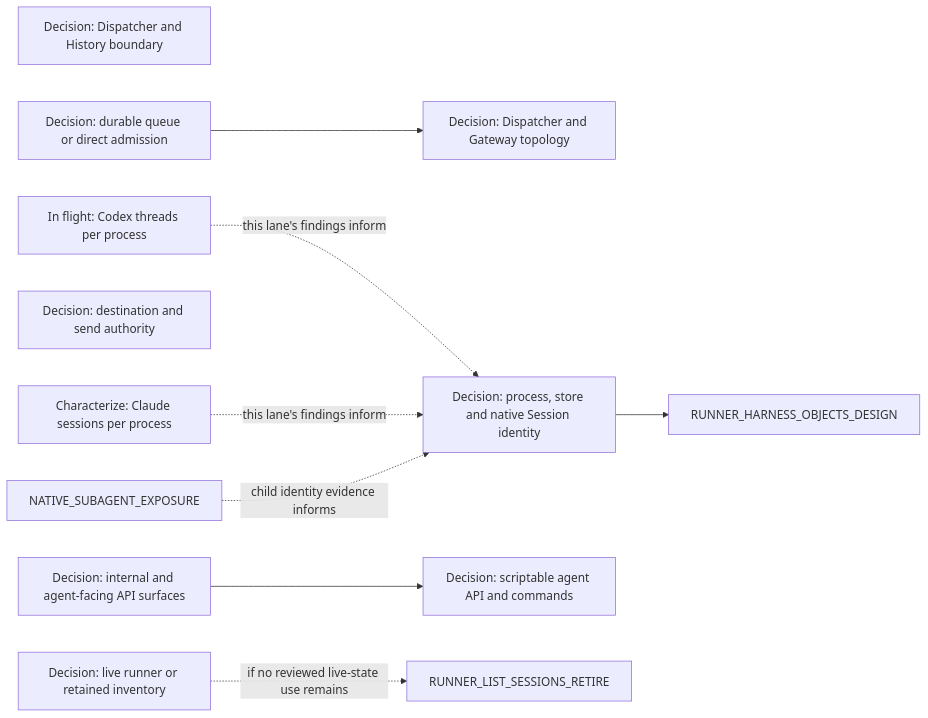
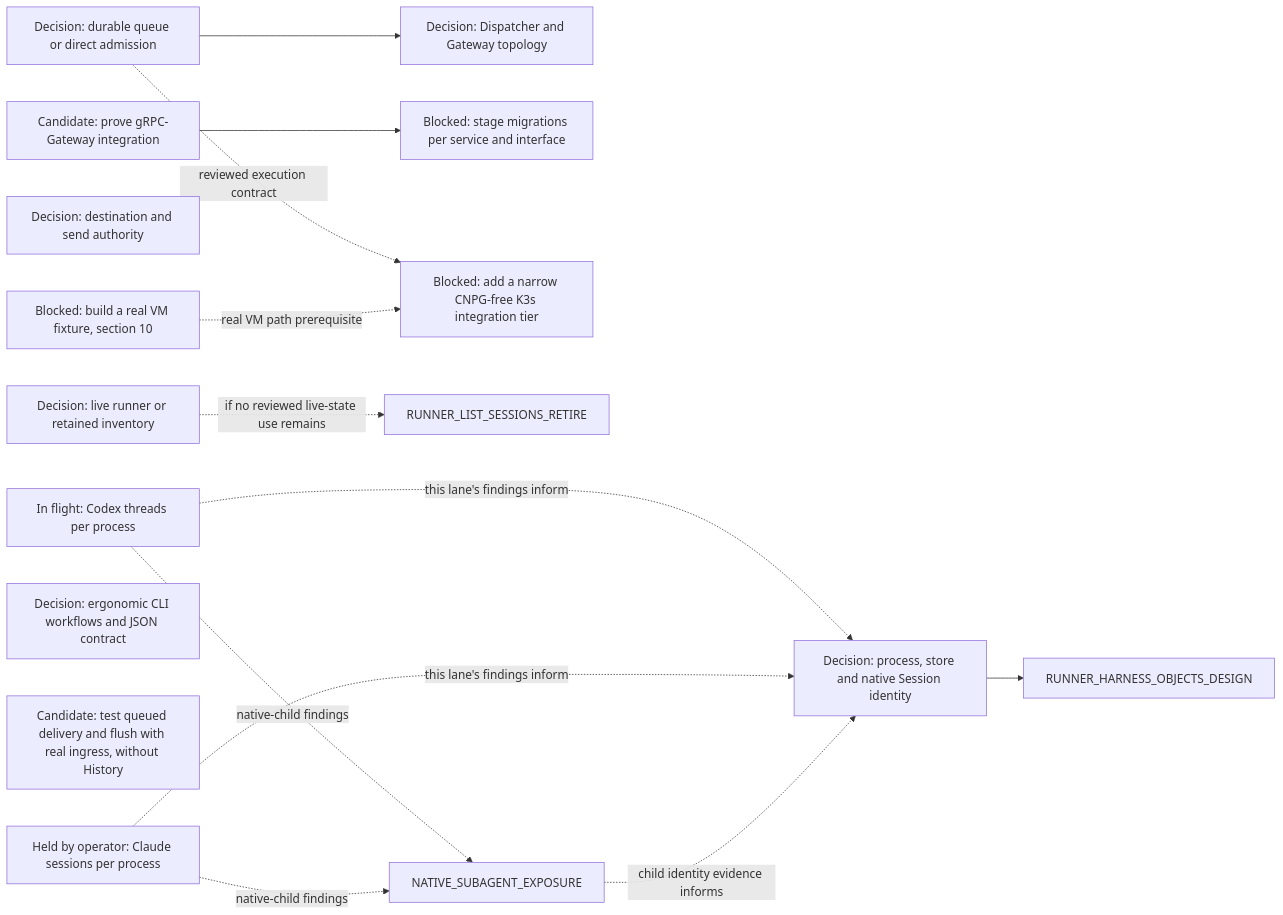
Diagram 17 of 17 in agentplane/plans/task_dag.md (agentydragon-agent/ducktape), drawn with Mermaid before and after one commit. The commit also changed other lines of this file and 1 other file, not shown here.

First line of the commit message:
Document Agentplane delivery and API directions (#10656)

````diff
--- a/agentplane/plans/task_dag.md
+++ b/agentplane/plans/task_dag.md
@@ -1480,20 +1499,27 @@
 ```mermaid
 flowchart LR
-    DISPATCHER_HISTORY_BOUNDARY_DESIGN[Decision: Dispatcher and History boundary]
     DISPATCHER_PERSISTENCE_MODEL_DESIGN[Decision: durable queue or direct admission]
     DISPATCHER_GATEWAY_TOPOLOGY_DESIGN[Decision: Dispatcher and Gateway topology]
     RUNNER_INVENTORY_AUTHORITY_DESIGN[Decision: live runner or retained inventory]
     DELIVERY_DESTINATION_AUTHORITY_DESIGN[Decision: destination and send authority]
     CODEX_APP_SERVER_MULTIPLEXING[In flight: Codex threads per process]
-    CLAUDE_STREAM_SESSION_MULTIPLEXING[Characterize: Claude sessions per process]
+    CLAUDE_STREAM_SESSION_MULTIPLEXING[Held by operator: Claude sessions per process]
     HARNESS_IDENTITY_DESIGN[Decision: process, store and native Session identity]
-    INTERNAL_API_SURFACE_DESIGN[Decision: internal and agent-facing API surfaces]
-    AGENT_API_TOOLING_DESIGN[Decision: scriptable agent API and commands]
+    HTTP_JSON_FACADE_TOOLING_SPIKE[Candidate: prove gRPC-Gateway integration]
+    SERVICE_API_TRANSPORT_MIGRATIONS[Blocked: stage migrations per service and interface]
+    AGENT_API_TOOLING_DESIGN[Decision: ergonomic CLI workflows and JSON contract]
+    RUNNER_DELIVERY_INGRESS_ACCEPTANCE[Candidate: test queued delivery and flush with real ingress, without History]
+    CNPG_FREE_K3S_INTEGRATION_TIER[Blocked: add a narrow CNPG-free K3s integration tier]
+    K3S_VM_IMAGE[Blocked: build a real VM fixture, section 10]
     DISPATCHER_PERSISTENCE_MODEL_DESIGN --> DISPATCHER_GATEWAY_TOPOLOGY_DESIGN
     RUNNER_INVENTORY_AUTHORITY_DESIGN -. if no reviewed live-state use remains .-> RUNNER_LIST_SESSIONS_RETIRE
     CODEX_APP_SERVER_MULTIPLEXING -. this lane's findings inform .-> HARNESS_IDENTITY_DESIGN
     CLAUDE_STREAM_SESSION_MULTIPLEXING -. this lane's findings inform .-> HARNESS_IDENTITY_DESIGN
+    CODEX_APP_SERVER_MULTIPLEXING -. native-child findings .-> NATIVE_SUBAGENT_EXPOSURE
+    CLAUDE_STREAM_SESSION_MULTIPLEXING -. native-child findings .-> NATIVE_SUBAGENT_EXPOSURE
     NATIVE_SUBAGENT_EXPOSURE -. child identity evidence informs .-> HARNESS_IDENTITY_DESIGN
     HARNESS_IDENTITY_DESIGN --> RUNNER_HARNESS_OBJECTS_DESIGN
-    INTERNAL_API_SURFACE_DESIGN --> AGENT_API_TOOLING_DESIGN
+    HTTP_JSON_FACADE_TOOLING_SPIKE --> SERVICE_API_TRANSPORT_MIGRATIONS
+    DISPATCHER_PERSISTENCE_MODEL_DESIGN -. reviewed execution contract .-> CNPG_FREE_K3S_INTEGRATION_TIER
+    K3S_VM_IMAGE -. real VM path prerequisite .-> CNPG_FREE_K3S_INTEGRATION_TIER
 ```
````
